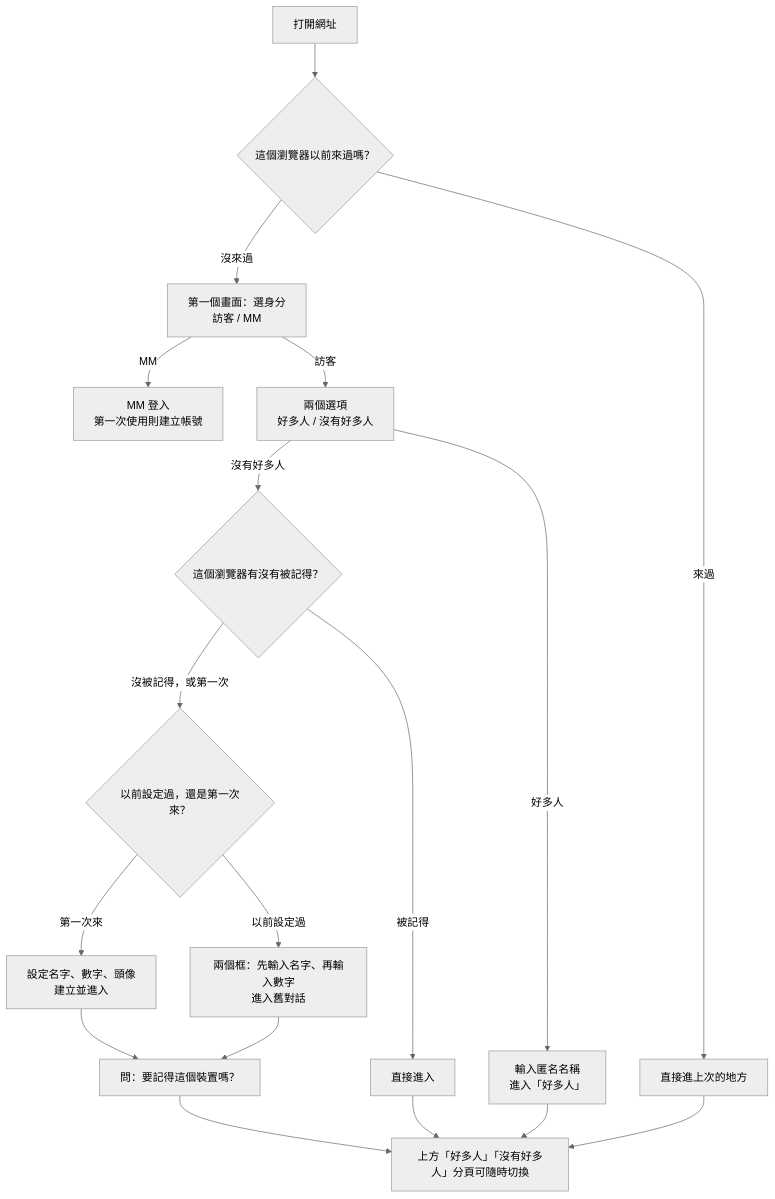
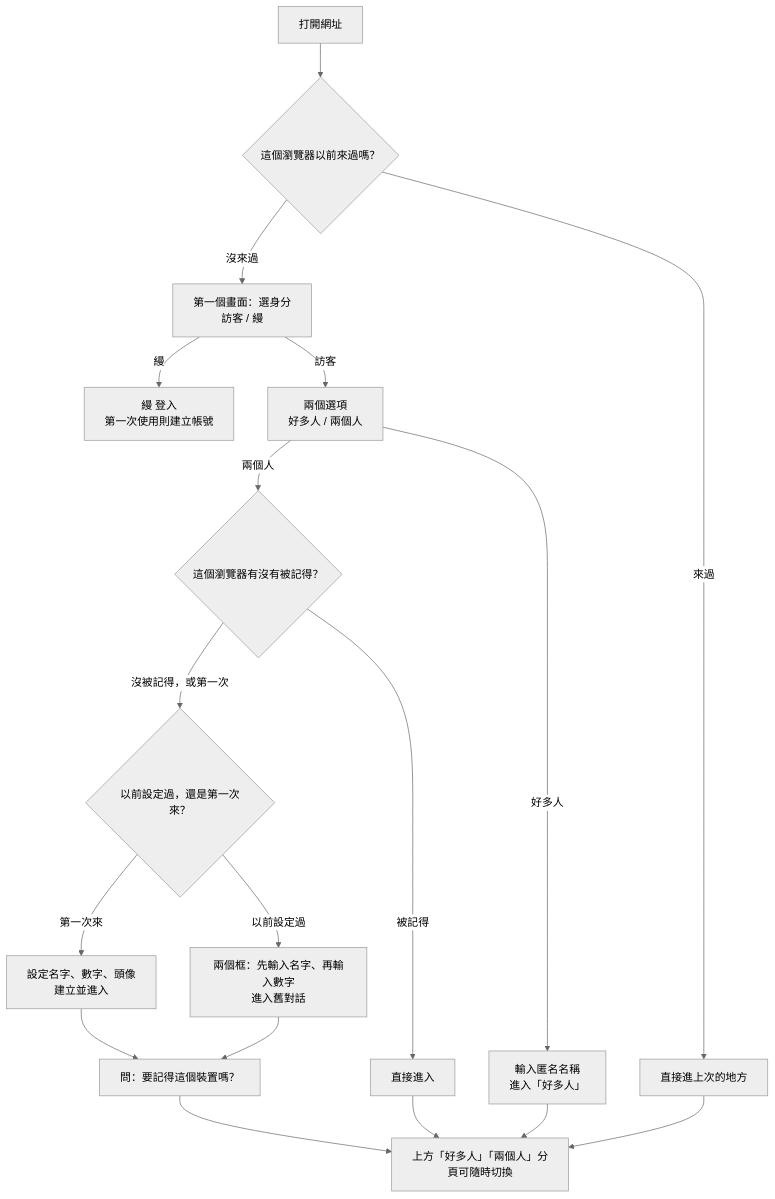
Before and after one commit to 411332043git/ch3hw: diagram 11 of 14 in docs/architecture.md, drawn with Mermaid (neutral theme). The commit also changed other lines of this file and 2 other files, not shown here.

Commit message:
Update architecture to match design: voice, announcements, pinning, file expiry, desktop layout, avatars

````diff
--- a/docs/architecture.md
+++ b/docs/architecture.md
@@ -890,20 +898,20 @@
 ```mermaid
 flowchart TB
     A["打開網址"] --> B{"這個瀏覽器以前來過嗎？"}
-    B -->|"沒來過"| C["第一個畫面：選身分<br/>訪客 / MM"]
+    B -->|"沒來過"| C["第一個畫面：選身分<br/>訪客 / 縵"]
     B -->|"來過"| D["直接進上次的地方"]
-    C -->|"MM"| M["MM 登入<br/>第一次使用則建立帳號"]
-    C -->|"訪客"| V["兩個選項<br/>好多人 / 沒有好多人"]
+    C -->|"縵"| M["縵 登入<br/>第一次使用則建立帳號"]
+    C -->|"訪客"| V["兩個選項<br/>好多人 / 兩個人"]
     V -->|"好多人"| E["輸入匿名名稱<br/>進入「好多人」"]
-    V -->|"沒有好多人"| F{"這個瀏覽器有沒有被記得？"}
+    V -->|"兩個人"| F{"這個瀏覽器有沒有被記得？"}
     F -->|"被記得"| K["直接進入"]
     F -->|"沒被記得，或第一次"| G{"以前設定過，還是第一次來？"}
     G -->|"第一次來"| N["設定名字、數字、頭像<br/>建立並進入"]
     G -->|"以前設定過"| H["兩個框：先輸入名字、再輸入數字<br/>進入舊對話"]
     N --> R["問：要記得這個裝置嗎？"]
     H --> R
-    R --> I["上方「好多人」「沒有好多人」分頁可隨時切換"]
+    R --> I["上方「好多人」「兩個人」分頁可隨時切換"]
     K --> I
     E --> I
     D --> I
 ```
````
